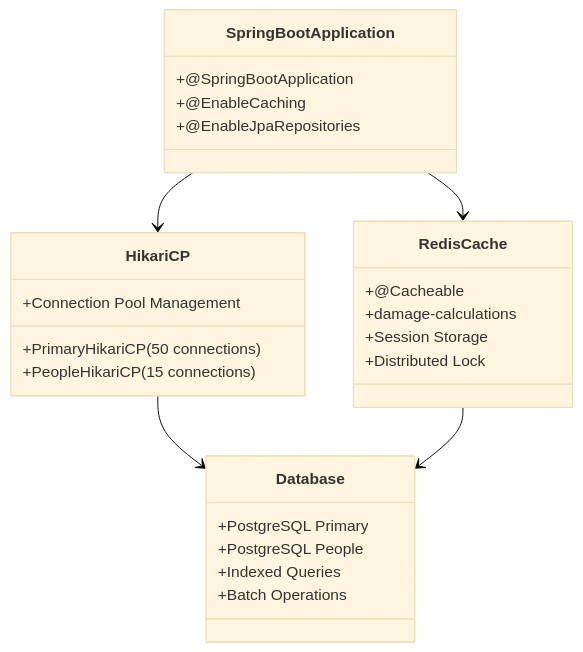
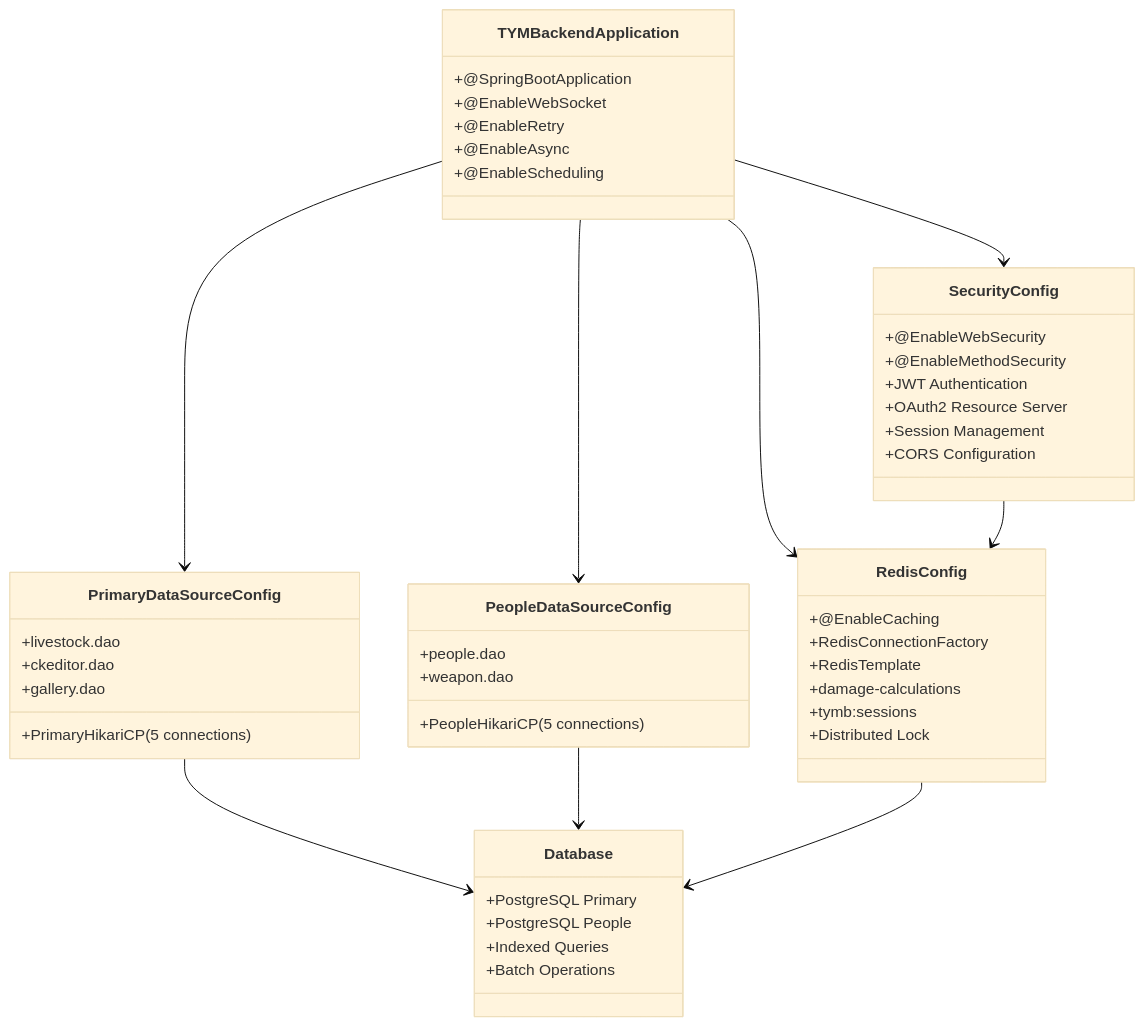
The first of 13 diagrams in README.md (Vinskao/ty-multiverse-backend), drawn with Mermaid (base theme) before and after one commit. The commit also changed other lines of this file, not shown here.

Commit message:
info: update struct

````diff
--- a/README.md
+++ b/README.md
@@ -7,33 +7,57 @@
 ```mermaid
 classDiagram
-    class SpringBootApplication {
+    class TYMBackendApplication {
         +@SpringBootApplication
-        +@EnableCaching
-        +@EnableJpaRepositories
+        +@EnableWebSocket
+        +@EnableRetry
+        +@EnableAsync
+        +@EnableScheduling
     }
     
-    class HikariCP {
-        +PrimaryHikariCP (50 connections)
-        +PeopleHikariCP (15 connections)
-        +Connection Pool Management
+    class SecurityConfig {
+        +@EnableWebSecurity
+        +@EnableMethodSecurity
+        +JWT Authentication
+        +OAuth2 Resource Server
+        +Session Management
+        +CORS Configuration
     }
     
-    class RedisCache {
-        +@Cacheable
+    class RedisConfig {
+        +@EnableCaching
+        +RedisConnectionFactory
+        +RedisTemplate
         +damage-calculations
-        +Session Storage
+        +tymb:sessions
         +Distributed Lock
+    }
+    
+    class PrimaryDataSourceConfig {
+        +PrimaryHikariCP (5 connections)
+        +livestock.dao
+        +ckeditor.dao
+        +gallery.dao
+    }
+    
+    class PeopleDataSourceConfig {
+        +PeopleHikariCP (5 connections)
+        +people.dao
+        +weapon.dao
     }
     
     class Database {
         +PostgreSQL Primary
         +PostgreSQL People
         +Indexed Queries
         +Batch Operations
     }
     
-    SpringBootApplication --> HikariCP
-    SpringBootApplication --> RedisCache
-    HikariCP --> Database
-    RedisCache --> Database
+    TYMBackendApplication --> SecurityConfig
+    TYMBackendApplication --> RedisConfig
+    TYMBackendApplication --> PrimaryDataSourceConfig
+    TYMBackendApplication --> PeopleDataSourceConfig
+    SecurityConfig --> RedisConfig
+    PrimaryDataSourceConfig --> Database
+    PeopleDataSourceConfig --> Database
+    RedisConfig --> Database
 ```
````
